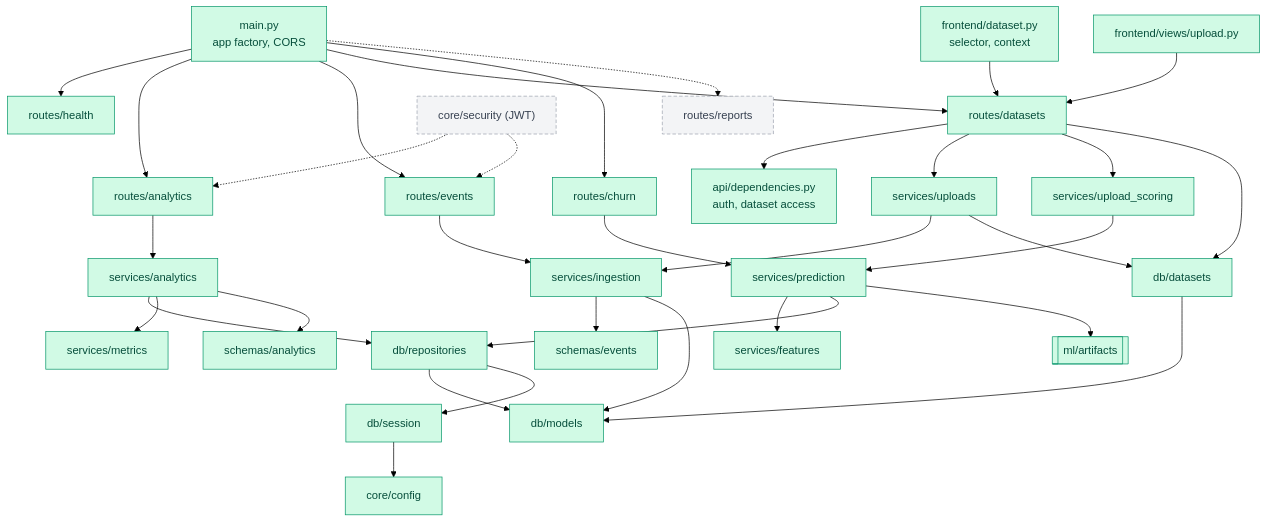
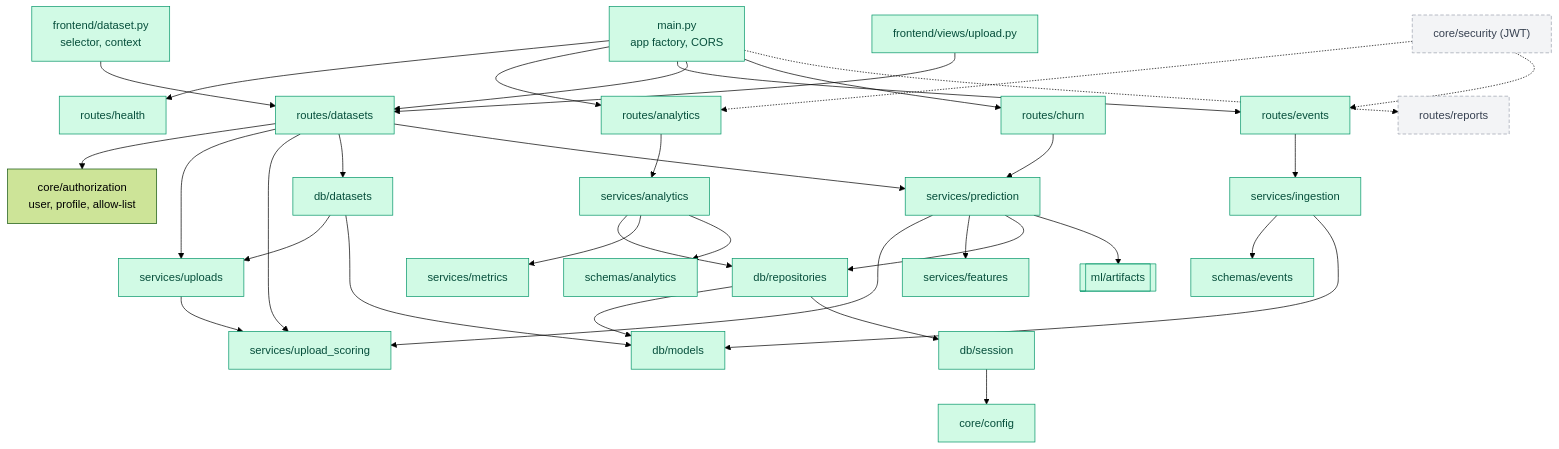
The first of 7 diagrams in docs/03-system-design.md (yashdiwan12/Churnscope), drawn with Mermaid (forest theme) before and after one commit. The commit also changed 6 other files, not shown here.

Commit message:
fix: final review: end-to-end retention check, doc 03 module edges, CORS and allow-list docs

````diff
--- a/docs/03-system-design.md
+++ b/docs/03-system-design.md
@@ -20,41 +20,42 @@
 ```mermaid
 flowchart TD
     main["main.py<br/>app factory, CORS"] --> health["routes/health"]
     main --> ar["routes/analytics"]
     main --> er["routes/events"]
     main --> dr["routes/datasets"]
     main --> cr["routes/churn"]
     main -.-> rr["routes/reports"]
     ar --> asv["services/analytics"]
     asv --> repo["db/repositories"]
     asv --> met["services/metrics"]
     asv --> sch["schemas/analytics"]
     er --> ing["services/ingestion"]
-    dr --> dep["api/dependencies.py<br/>auth, dataset access"]
+    dr --> authz["core/authorization<br/>user, profile, allow-list"]
     dr --> upl["services/uploads"]
     dr --> ups["services/upload_scoring"]
     dr --> dds["db/datasets"]
-    upl --> ing
-    ups --> pred
-    upl --> dds
+    pred --> ups
+    upl --> ups
+    dr --> pred
+    dds --> upl
     dds --> mod
     fe["frontend/dataset.py<br/>selector, context"] --> dr
     fup["frontend/views/upload.py"] --> dr
     ing --> evs["schemas/events"]
     ing --> mod["db/models"]
     repo --> mod
     repo --> ses["db/session"]
     ses --> cfg["core/config"]
     cr --> pred["services/prediction"]
     pred --> feat["services/features"]
     pred --> repo
     pred --> art[["ml/artifacts"]]
     sec["core/security (JWT)"] -.-> ar
     sec -.-> er
 
     class main,health,ar,asv,repo,met,sch,ing,evs,mod,ses,cfg,cr,pred,feat,art built
-    class er,dr,dep,upl,ups,dds,fe,fup built
+    class er,dr,upl,ups,dds,fe,fup built
     class rr,sec planned
     classDef built fill:#d1fae5,stroke:#059669,color:#064e3b
     classDef planned fill:#f3f4f6,stroke:#9ca3af,stroke-dasharray: 5 3,color:#374151
 ```
````
